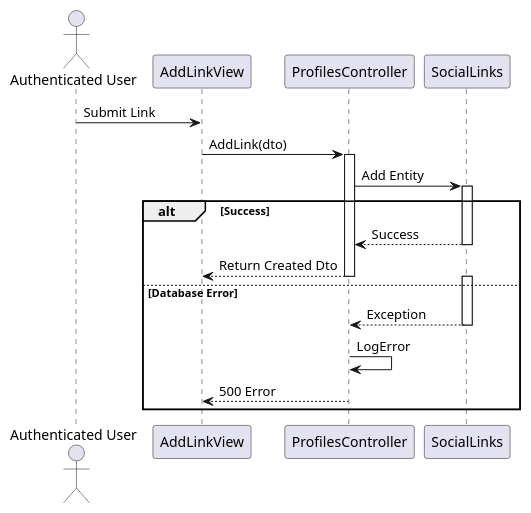
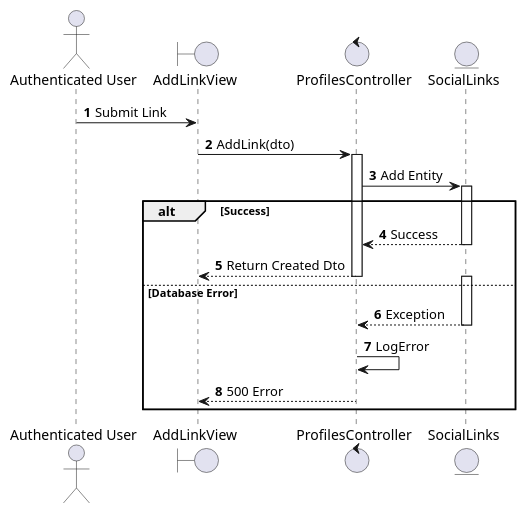
One commit to I-Love-U-3000/Favi-BE changed the sixth of 8 diagrams in UC_2.1.9_Adjust_User_Settings.md. Above: the diagram before and after it, drawn with PlantUML. The commit also changed other lines of this file and 36 other files, not shown here.

````diff
--- a/UC_2.1.9_Adjust_User_Settings.md
+++ b/UC_2.1.9_Adjust_User_Settings.md
@@ -152,27 +220,28 @@
 ```plantuml
 @startuml
+autonumber
 actor "Authenticated User" as User
-participant "AddLinkView" as View
-participant "ProfilesController" as Controller
-participant "SocialLinks" as DB
+boundary "AddLinkView" as View
+control "ProfilesController" as Controller
+entity "SocialLinks" as DB
 
 User -> View: Submit Link
 View -> Controller: AddLink(dto)
 activate Controller
 Controller -> DB: Add Entity
 activate DB
 alt Success
     DB --> Controller: Success
     deactivate DB
     Controller --> View: Return Created Dto
     deactivate Controller
 else Database Error
     activate DB
     DB --> Controller: Exception
     deactivate DB
     Controller -> Controller: LogError
     Controller --> View: 500 Error
     deactivate Controller
 end
 @enduml
 ```
````
